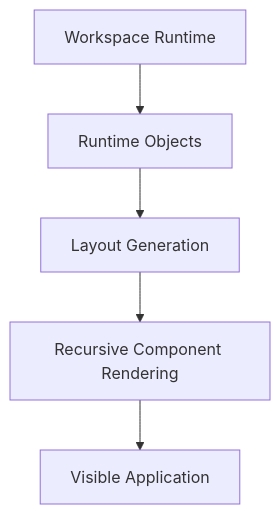
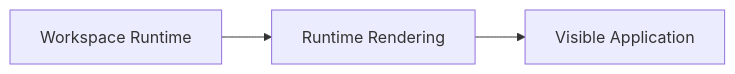
Before and after one commit to kjvonly/kjvonly.bible: the first of 6 diagrams in docs/01_application-architecture/003-runtime-rendering.md, drawn with Mermaid. The commit also changed other lines of this file and 1 other file, not shown here.

````diff
--- a/docs/01_application-architecture/003-runtime-rendering.md
+++ b/docs/01_application-architecture/003-runtime-rendering.md
@@ -90,21 +121,12 @@
 ```mermaid
-flowchart TD
+flowchart LR
 
     Runtime["Workspace Runtime"]
 
-    RuntimeObjects["Runtime Objects"]
-
-    Layout["Layout Generation"]
-
-    Components["Recursive Component Rendering"]
+    Rendering["Runtime Rendering"]
 
     UI["Visible Application"]
 
-    Runtime --> RuntimeObjects
-
-    RuntimeObjects --> Layout
-
-    Layout --> Components
-
-    Components --> UI
+    Runtime --> Rendering
+    Rendering --> UI
 ```
````
